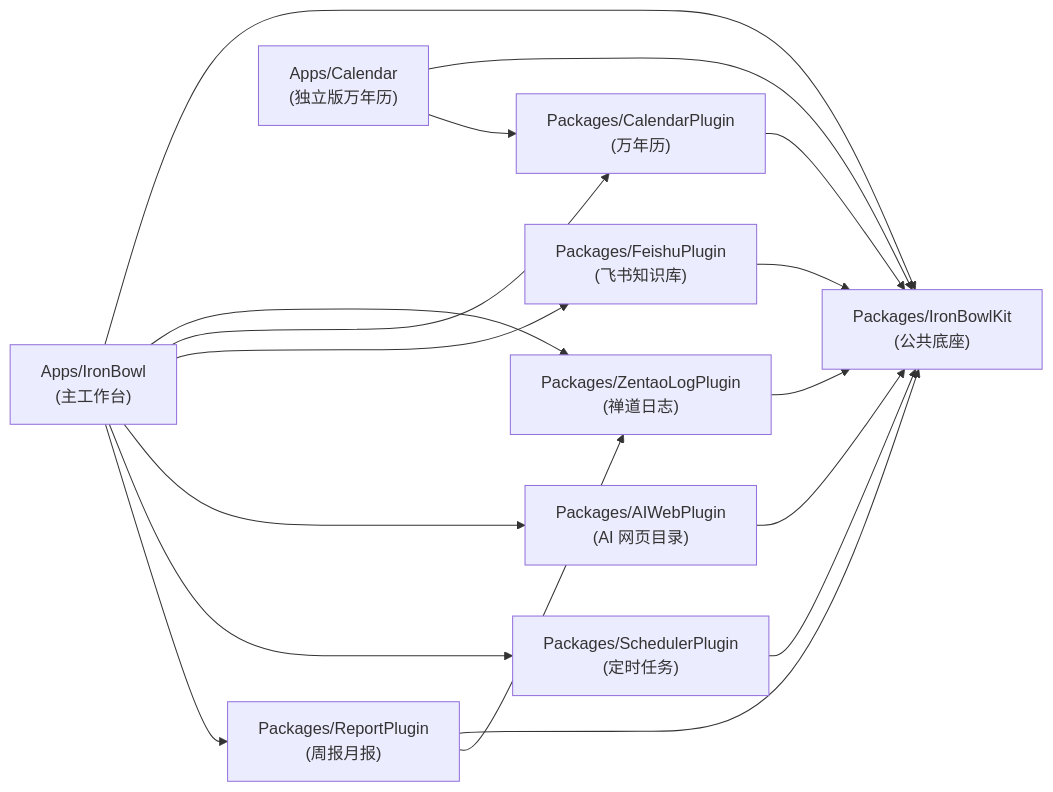
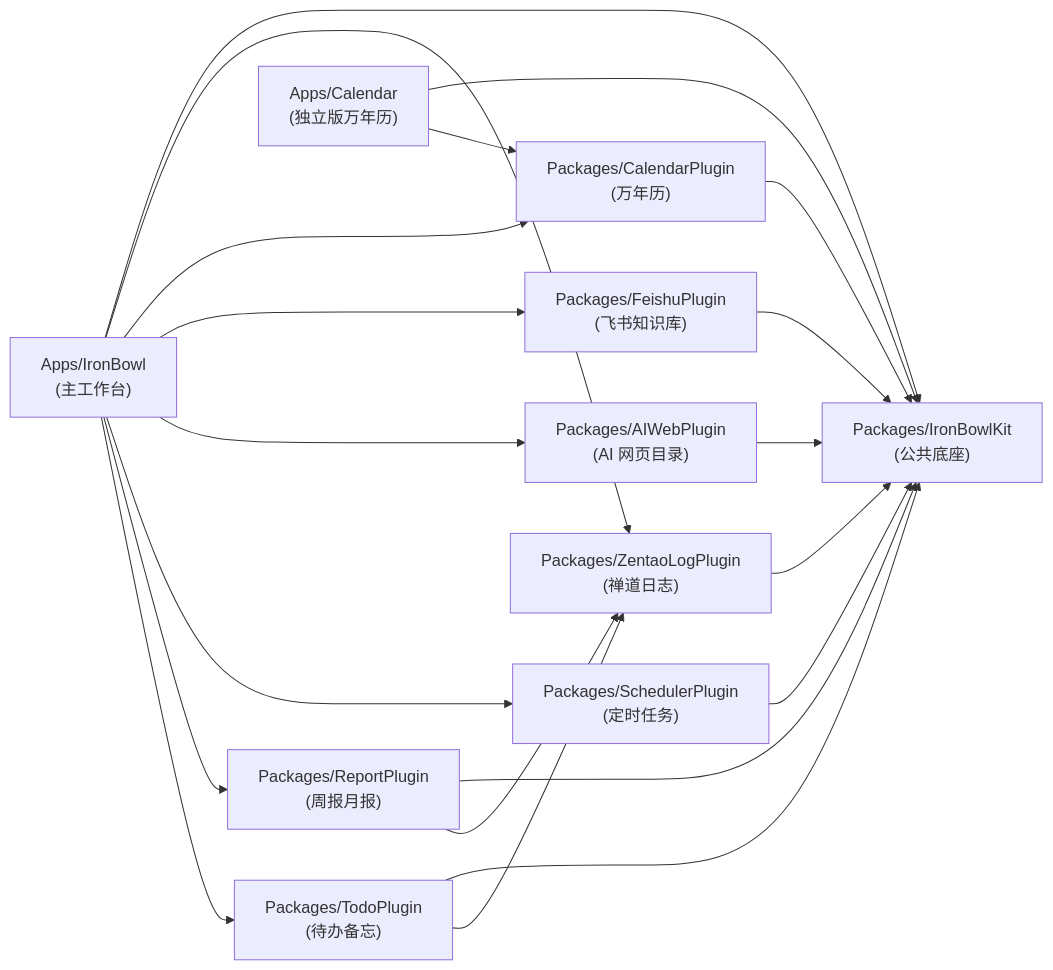
One commit to taopaox/IronBowl changed the diagram in docs/architecture/overview.md. Above: the diagram before and after it, drawn with Mermaid. The commit also changed other lines of this file and 22 other files, not shown here.

````diff
--- a/docs/architecture/overview.md
+++ b/docs/architecture/overview.md
@@ -18,21 +18,24 @@
 ```mermaid
 flowchart LR
     IronBowl["Apps/IronBowl<br/>(主工作台)"] --> IronBowlKit["Packages/IronBowlKit<br/>(公共底座)"]
     IronBowl --> ZentaoLogPlugin["Packages/ZentaoLogPlugin<br/>(禅道日志)"]
     IronBowl --> CalendarPlugin["Packages/CalendarPlugin<br/>(万年历)"]
     IronBowl --> FeishuPlugin["Packages/FeishuPlugin<br/>(飞书知识库)"]
     IronBowl --> AIWebPlugin["Packages/AIWebPlugin<br/>(AI 网页目录)"]
     IronBowl --> SchedulerPlugin["Packages/SchedulerPlugin<br/>(定时任务)"]
     IronBowl --> ReportPlugin["Packages/ReportPlugin<br/>(周报月报)"]
+    IronBowl --> TodoPlugin["Packages/TodoPlugin<br/>(待办备忘)"]
 
     CalendarApp["Apps/Calendar<br/>(独立版万年历)"] --> IronBowlKit
     CalendarApp --> CalendarPlugin
 
     ZentaoLogPlugin --> IronBowlKit
     CalendarPlugin --> IronBowlKit
     FeishuPlugin --> IronBowlKit
     AIWebPlugin --> IronBowlKit
     SchedulerPlugin --> IronBowlKit
     ReportPlugin --> IronBowlKit
     ReportPlugin --> ZentaoLogPlugin
+    TodoPlugin --> IronBowlKit
+    TodoPlugin --> ZentaoLogPlugin
 ```
````
